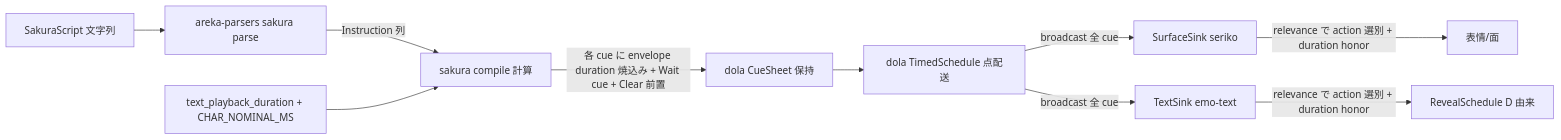
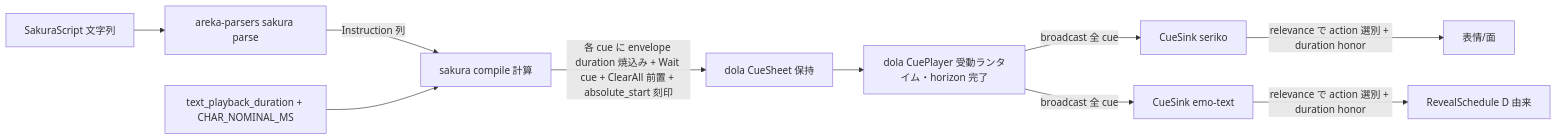
One commit to ekicyou/areka changed the first of 3 diagrams in .kiro/specs/areka-P0-cue-playback-duration/design.md. Above: the diagram before and after it, drawn with Mermaid. The commit also changed other lines of this file, not shown here.

First line of the commit message:
docs(areka-P0-cue-playback-duration): reconcile design sections with Topic 3 consolidation (整合性掃き)

````diff
--- a/.kiro/specs/areka-P0-cue-playback-duration/design.md
+++ b/.kiro/specs/areka-P0-cue-playback-duration/design.md
@@ -83,12 +83,12 @@
 ```mermaid
 graph LR
     Script[SakuraScript 文字列] --> Parse[areka-parsers sakura parse]
     Parse -->|Instruction 列| Compile[sakura compile 計算]
     Nominal[text_playback_duration + CHAR_NOMINAL_MS] --> Compile
-    Compile -->|各 cue に envelope duration 焼込み + Wait cue + Clear 前置| Sheet[dola CueSheet 保持]
-    Sheet --> Schedule[dola TimedSchedule 点配送]
-    Schedule -->|broadcast 全 cue| SurfaceSink[SurfaceSink seriko]
-    Schedule -->|broadcast 全 cue| TextSink[TextSink emo-text]
-    SurfaceSink -->|relevance で action 選別 + duration honor| SurfDraw[表情/面]
-    TextSink -->|relevance で action 選別 + duration honor| Reveal[RevealSchedule D 由来]
+    Compile -->|各 cue に envelope duration 焼込み + Wait cue + ClearAll 前置 + absolute_start 刻印| Sheet[dola CueSheet 保持]
+    Sheet --> Player[dola CuePlayer 受動ランタイム・horizon 完了]
+    Player -->|broadcast 全 cue| Surf[CueSink seriko]
+    Player -->|broadcast 全 cue| Text[CueSink emo-text]
+    Surf -->|relevance で action 選別 + duration honor| SurfDraw[表情/面]
+    Text -->|relevance で action 選別 + duration honor| Reveal[RevealSchedule D 由来]
 ```
````
